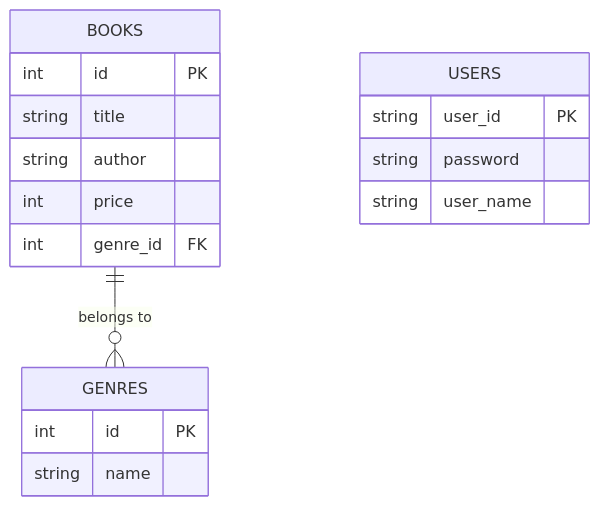
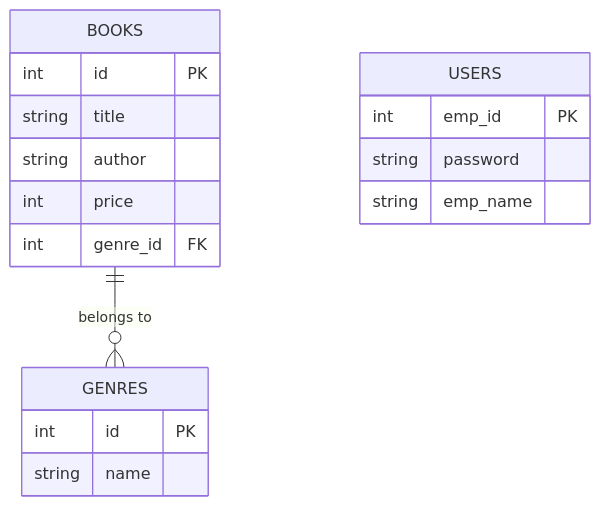
The seventh of 7 diagrams in docs/Comprehensive_Design_Specification.md (juyeongjung1/springboot_personal_practice), drawn with Mermaid before and after one commit. The commit also changed other lines of this file and 6 other files, not shown here.

````diff
--- a/docs/Comprehensive_Design_Specification.md
+++ b/docs/Comprehensive_Design_Specification.md
@@ -161,20 +163,20 @@
 ```mermaid
 erDiagram
     BOOKS ||--o{ GENRES : "belongs to"
     BOOKS {
         int id PK
         string title
         string author
         int price
         int genre_id FK
     }
     GENRES {
         int id PK
         string name
     }
     USERS {
-        string user_id PK
+        int emp_id PK
         string password
-        string user_name
+        string emp_name
     }
 ```
````
